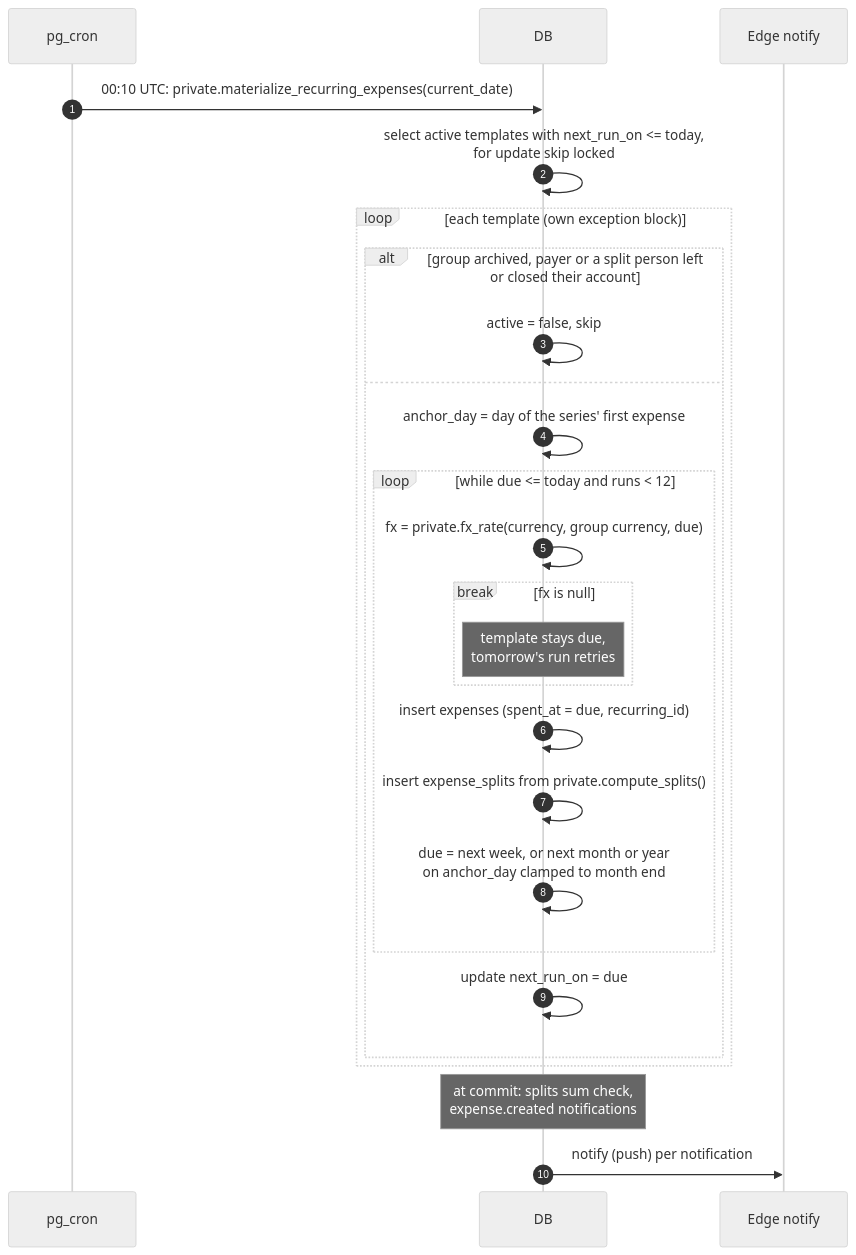
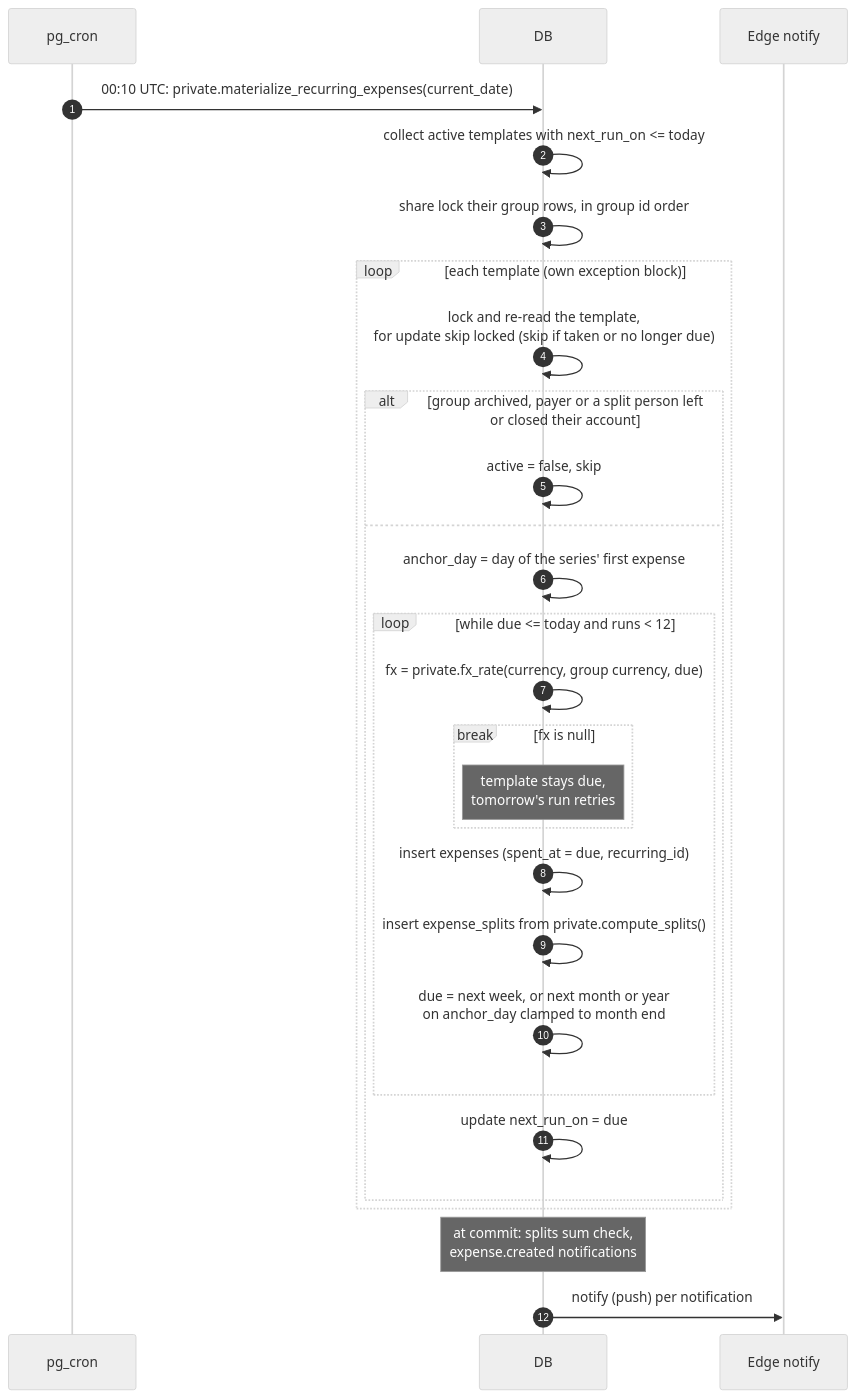
Diagram 11 of 14 in docs/sequences.md (Fermulate/potluck), drawn with Mermaid (neutral theme) before and after one commit. The commit also changed 3 other files, not shown here.

Commit message:
recurring job locks groups in id order, check membership after the lock

````diff
--- a/docs/sequences.md
+++ b/docs/sequences.md
@@ -350,29 +350,31 @@
 ```mermaid
 sequenceDiagram
   autonumber
   participant CR as pg_cron
   participant DB as DB
   participant E as Edge notify
 
   CR->>DB: 00:10 UTC: private.materialize_recurring_expenses(current_date)
-  DB->>DB: select active templates with next_run_on <= today,<br/>for update skip locked
+  DB->>DB: collect active templates with next_run_on <= today
+  DB->>DB: share lock their group rows, in group id order
   loop each template (own exception block)
+    DB->>DB: lock and re-read the template,<br/>for update skip locked (skip if taken or no longer due)
     alt group archived, payer or a split person left<br/>or closed their account
       DB->>DB: active = false, skip
     else
       DB->>DB: anchor_day = day of the series' first expense
       loop while due <= today and runs < 12
         DB->>DB: fx = private.fx_rate(currency, group currency, due)
         break fx is null
           Note over DB: template stays due,<br/>tomorrow's run retries
         end
         DB->>DB: insert expenses (spent_at = due, recurring_id)
         DB->>DB: insert expense_splits from private.compute_splits()
         DB->>DB: due = next week, or next month or year<br/>on anchor_day clamped to month end
       end
       DB->>DB: update next_run_on = due
     end
   end
   Note over DB: at commit: splits sum check,<br/>expense.created notifications
   DB->>E: notify (push) per notification
 ```
````
